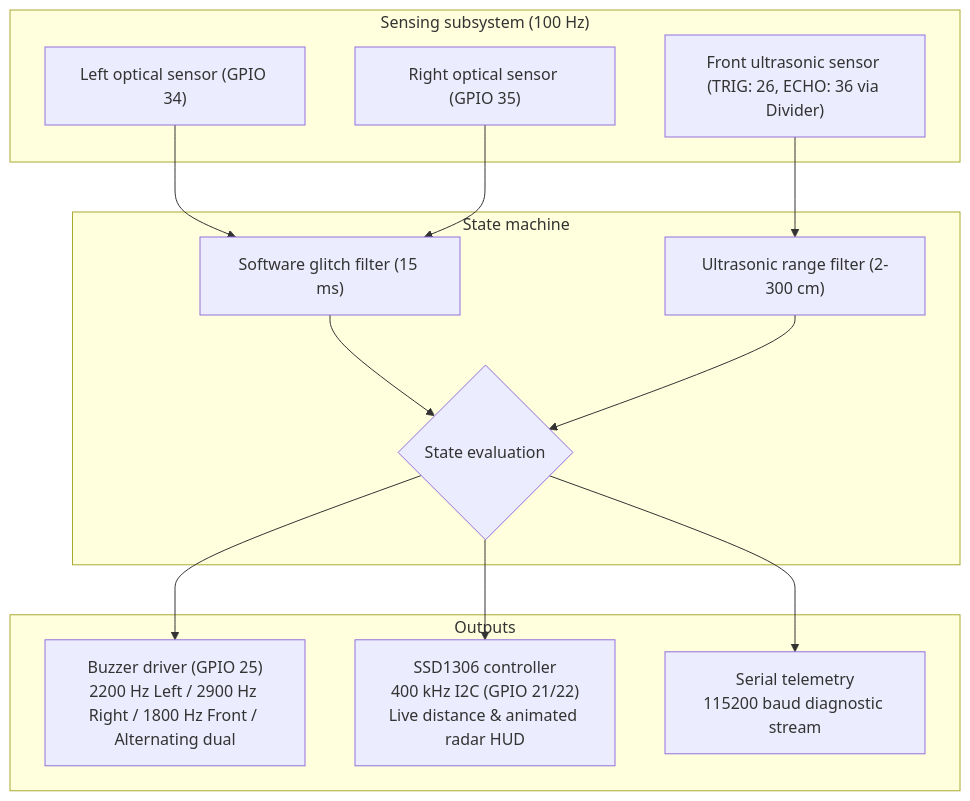
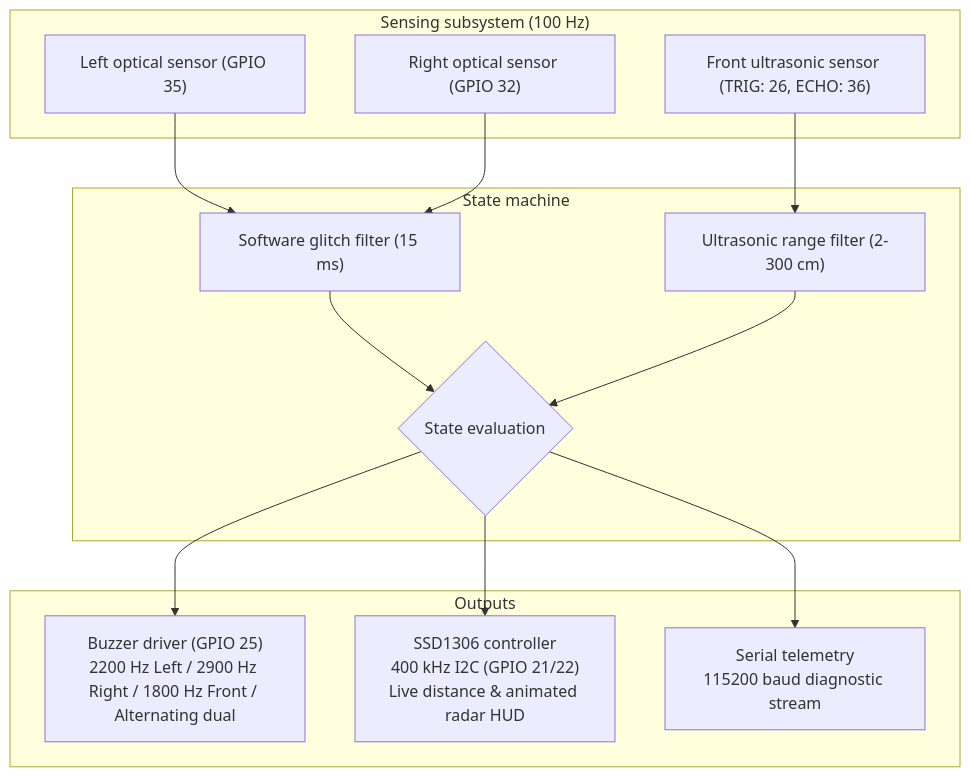
The first of 2 diagrams in README.md (DevInfinix/BlindSpottr), drawn with Mermaid before and after one commit. The commit also changed other lines of this file and 5 other files, not shown here.

Commit message:
FIX: remap physical pin assignments (Left IR=GPIO 35, Right IR=GPIO 32) and update schematics (fixes #8)

````diff
--- a/README.md
+++ b/README.md
@@ -74,30 +73,30 @@
 ```mermaid
 graph TD
     subgraph SENSORS ["Sensing subsystem (100 Hz)"]
-        IR_L["Left optical sensor (GPIO 34)"]
-        IR_R["Right optical sensor (GPIO 35)"]
-        US["Front ultrasonic sensor (TRIG: 26, ECHO: 36 via Divider)"]
+        IR_L["Left optical sensor (GPIO 35)"]
+        IR_R["Right optical sensor (GPIO 32)"]
+        US["Front ultrasonic sensor (TRIG: 26, ECHO: 36)"]
     end
 
     subgraph ENGINE ["State machine"]
         DEB["Software glitch filter (15 ms)"]
         US_FILTER["Ultrasonic range filter (2-300 cm)"]
         FSM{"State evaluation"}
     end
 
     subgraph ACTUATION ["Outputs"]
         BUZZ["Buzzer driver (GPIO 25)\n2200 Hz Left / 2900 Hz Right / 1800 Hz Front / Alternating dual"]
         OLED["SSD1306 controller\n400 kHz I2C (GPIO 21/22)\nLive distance & animated radar HUD"]
         UART["Serial telemetry\n115200 baud diagnostic stream"]
     end
 
     IR_L --> DEB
     IR_R --> DEB
     US --> US_FILTER
     DEB --> FSM
     US_FILTER --> FSM
 
     FSM --> BUZZ
     FSM --> OLED
     FSM --> UART
 ```
````
